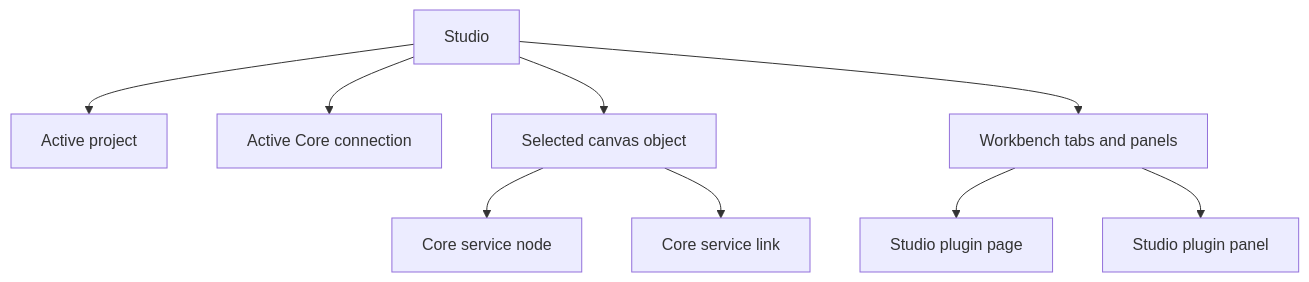
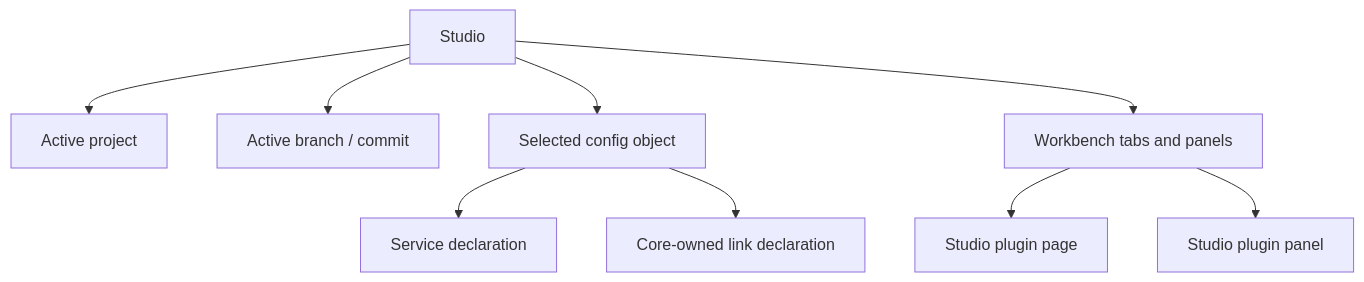
One commit to Liapoldus/studio changed the diagram in docs/product-model.md. Above: the diagram before and after it, drawn with Mermaid. The commit also changed other lines of this file and 8 other files, not shown here.

````diff
--- a/docs/product-model.md
+++ b/docs/product-model.md
@@ -47,11 +51,11 @@
 ```mermaid
 flowchart TD
     S["Studio"] --> P["Active project"]
-    S --> C["Active Core connection"]
-    S --> O["Selected canvas object"]
+    S --> C["Active branch / commit"]
+    S --> O["Selected config object"]
     S --> T["Workbench tabs and panels"]
-    O --> N["Core service node"]
-    O --> L["Core service link"]
+    O --> N["Service declaration"]
+    O --> L["Core-owned link declaration"]
     T --> SP["Studio plugin page"]
     T --> DP["Studio plugin panel"]
 ```
````
